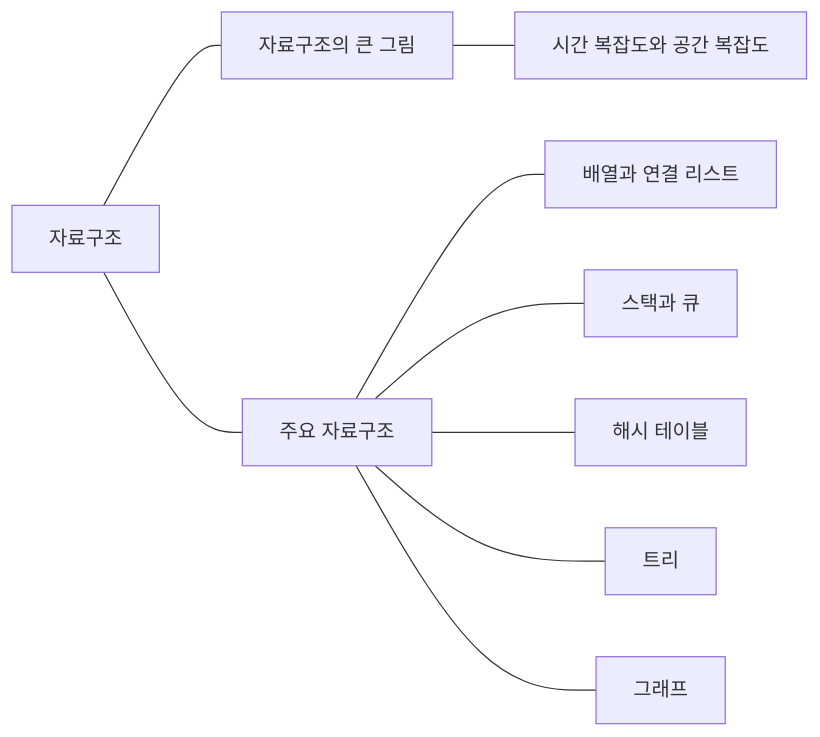
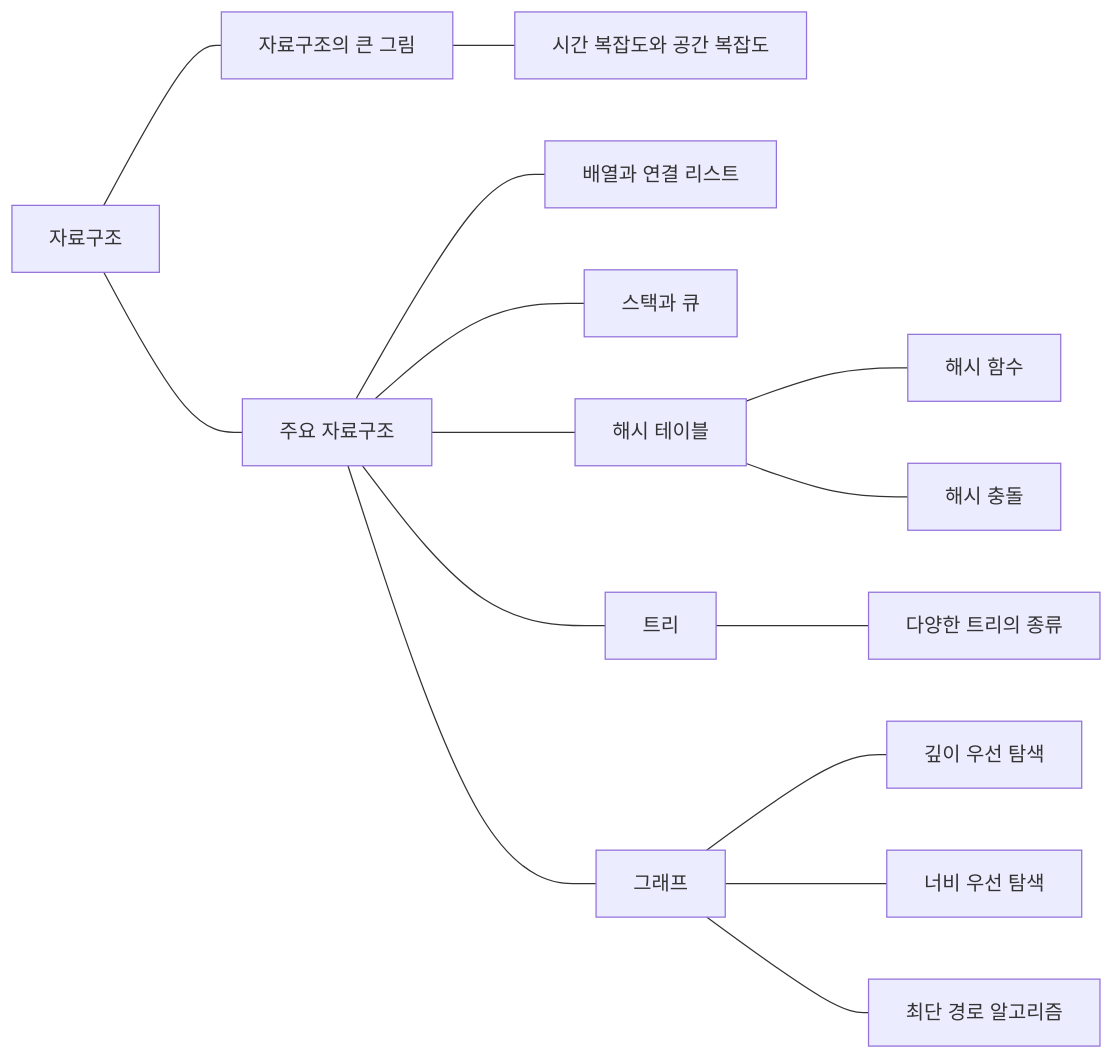
Before and after one commit to byahram/devlog: the diagram in _posts/cs/data-structure/2026-05-01-data-structures-guide.md, drawn with Mermaid. The commit also changed other lines of this file and 4 other files, not shown here.

````diff
--- a/_posts/cs/data-structure/2026-05-01-data-structures-guide.md
+++ b/_posts/cs/data-structure/2026-05-01-data-structures-guide.md
@@ -15,11 +15,21 @@
 ```mermaid
 flowchart LR
     ds["자료구조"] --- overview["자료구조의 큰 그림"]
     overview --- complexity["시간 복잡도와 공간 복잡도"]
+
     ds --- structures["주요 자료구조"]
     structures --- array["배열과 연결 리스트"]
     structures --- stack["스택과 큐"]
+
     structures --- hash["해시 테이블"]
+    hash --- hash_func["해시 함수"]
+    hash --- hash_collision["해시 충돌"]
+
     structures --- tree["트리"]
+    tree --- tree_types["다양한 트리의 종류"]
+
     structures --- graphNode["그래프"]
+    graphNode --- dfs["깊이 우선 탐색"]
+    graphNode --- bfs["너비 우선 탐색"]
+    graphNode --- shortest_path["최단 경로 알고리즘"]
 ```
````
